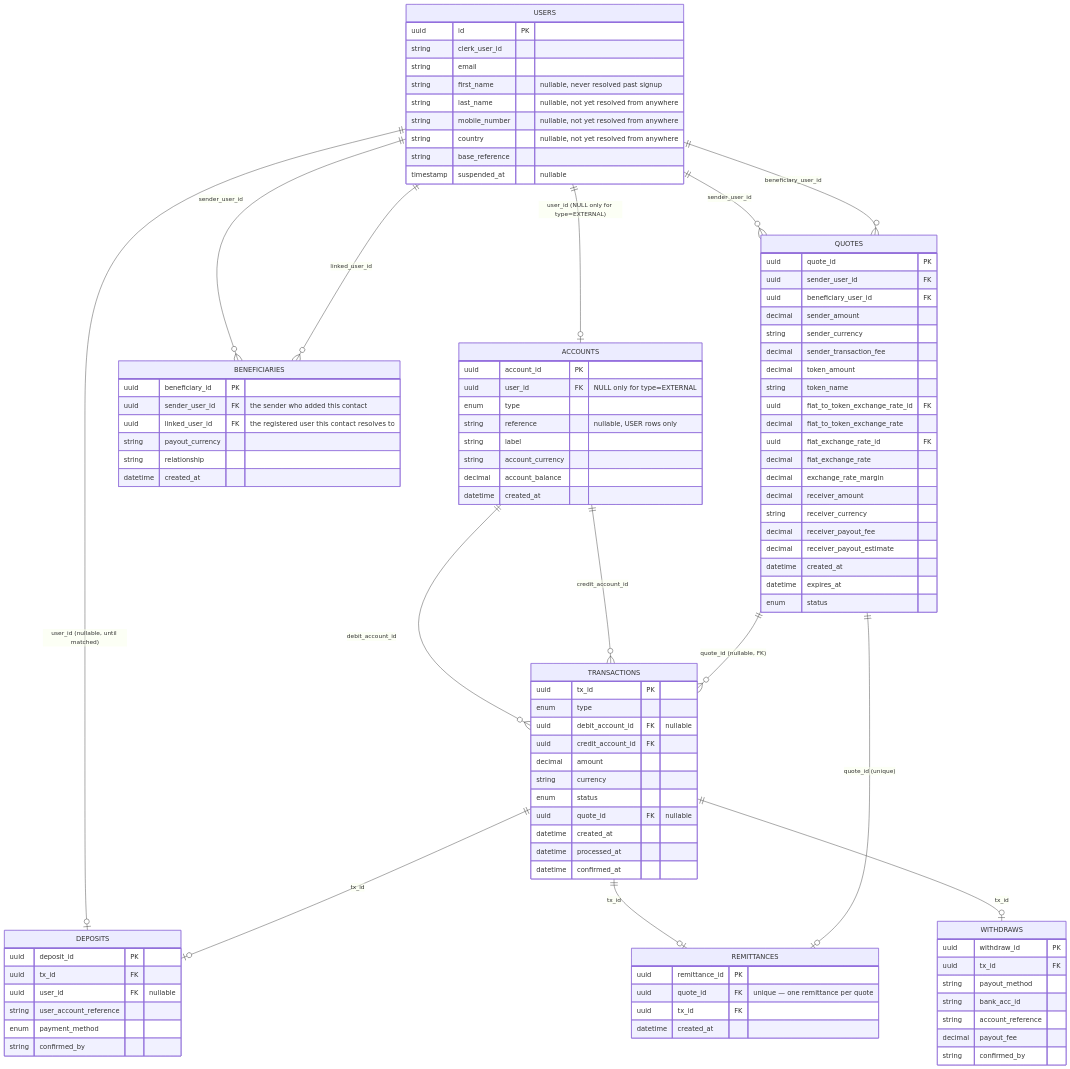
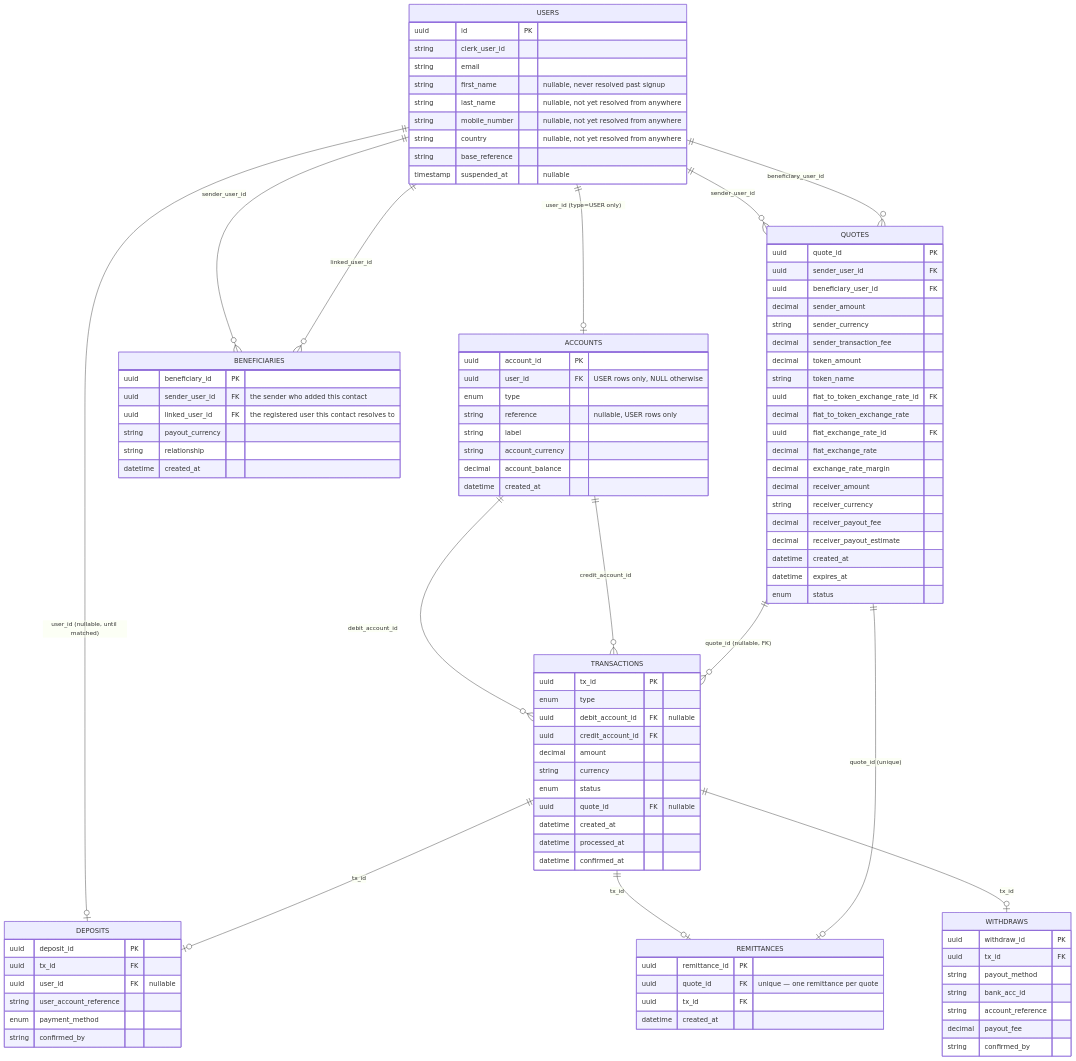
Before and after one commit to Katlego-Sekoele/RemitX: the diagram in Transaction_Flow_Context.md, drawn with Mermaid. The commit also changed other lines of this file, not shown here.

First line of the commit message:
Bring the flow doc's schema in line with platform-account ownership

````diff
--- a/Transaction_Flow_Context.md
+++ b/Transaction_Flow_Context.md
@@ -215,6 +215,6 @@
 ```mermaid
 erDiagram
-    USERS ||--o| ACCOUNTS : "user_id (NULL only for type=EXTERNAL)"
+    USERS ||--o| ACCOUNTS : "user_id (type=USER only)"
     USERS ||--o| DEPOSITS : "user_id (nullable, until matched)"
     USERS ||--o{ BENEFICIARIES : "sender_user_id"
     USERS ||--o{ BENEFICIARIES : "linked_user_id"
@@ -249,7 +249,7 @@
     }
     ACCOUNTS {
         uuid account_id PK
-        uuid user_id FK "NULL only for type=EXTERNAL"
+        uuid user_id FK "USER rows only, NULL otherwise"
         enum type
         string reference "nullable, USER rows only"
         string label
````
